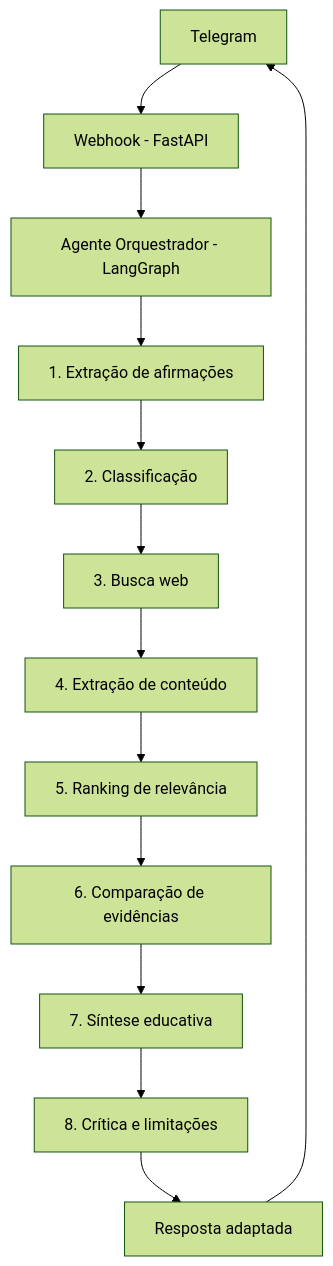
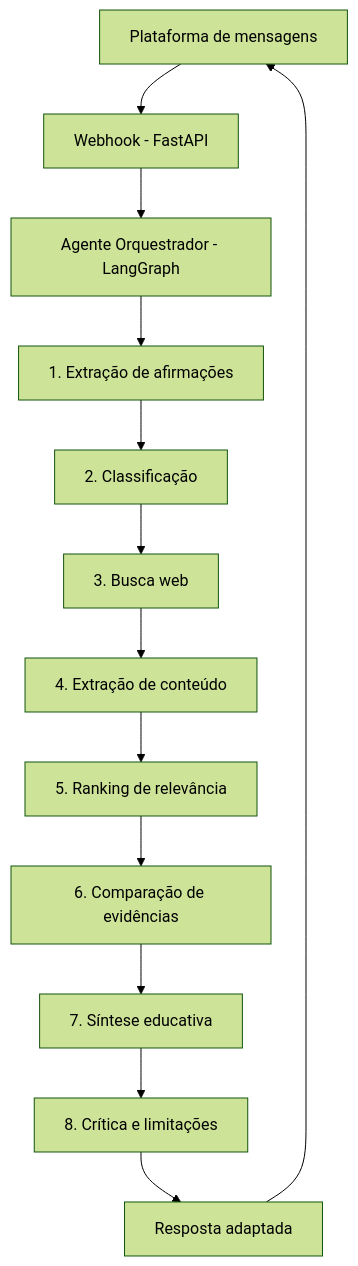
One commit to Challenge-1-Residencia-IA/Documentacao changed the second of 2 diagrams in docs/arquitetura.md. Above: the diagram before and after it, drawn with Mermaid (forest theme). The commit also changed other lines of this file and 10 other files, not shown here.

First line of the commit message:
docs: descreve o bot sem vincular a uma plataforma de mensagens

````diff
--- a/docs/arquitetura.md
+++ b/docs/arquitetura.md
@@ -60,15 +60,15 @@
 ```mermaid
 flowchart TD
-    TG[Telegram] --> WH[Webhook - FastAPI]
+    TG[Plataforma de mensagens] --> WH[Webhook - FastAPI]
     WH --> ORQ[Agente Orquestrador - LangGraph]
     ORQ --> P1[1. Extração de afirmações]
     P1 --> P2[2. Classificação]
     P2 --> P3[3. Busca web]
     P3 --> P4[4. Extração de conteúdo]
     P4 --> P5[5. Ranking de relevância]
     P5 --> P6[6. Comparação de evidências]
     P6 --> P7[7. Síntese educativa]
     P7 --> P8[8. Crítica e limitações]
     P8 --> RESP[Resposta adaptada]
     RESP --> TG
 ```
````
